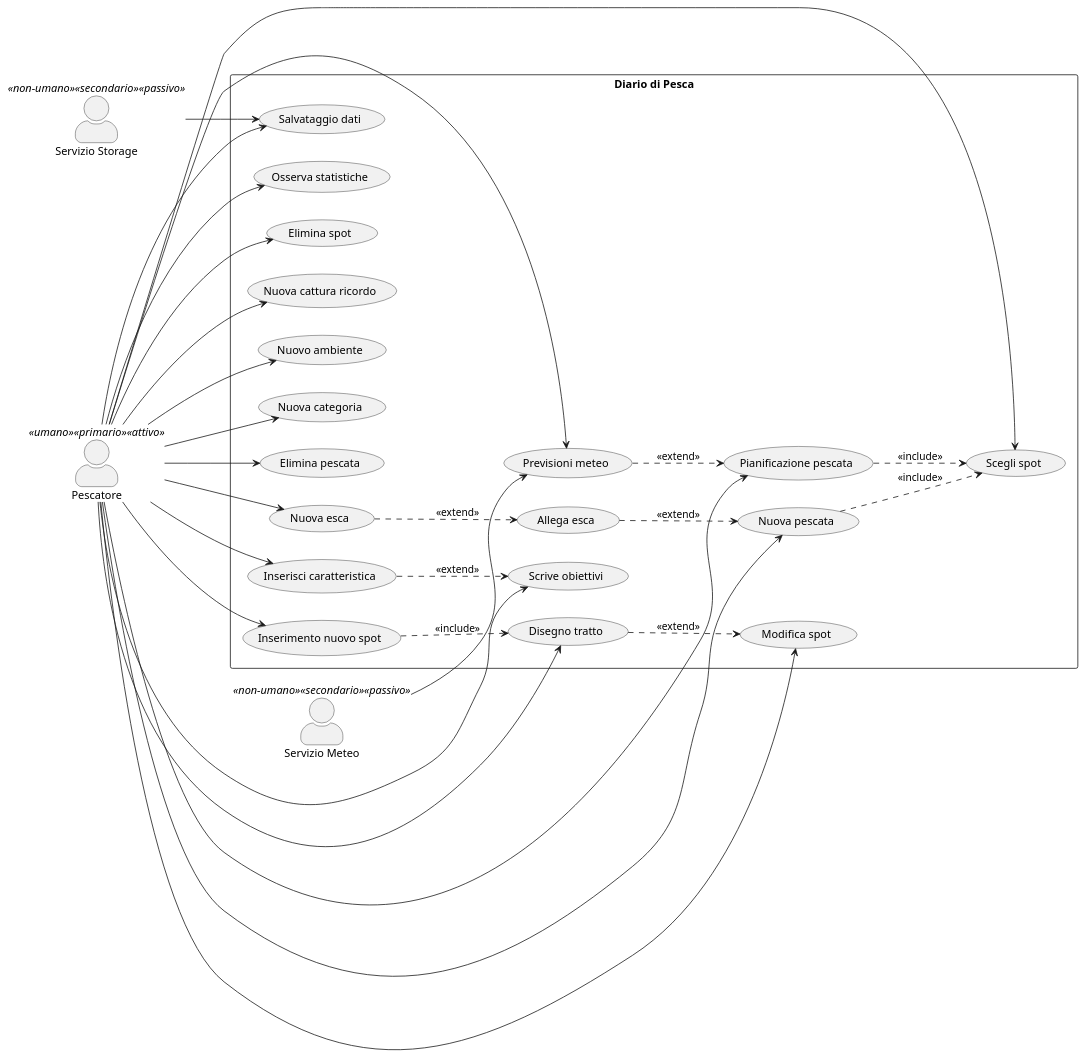
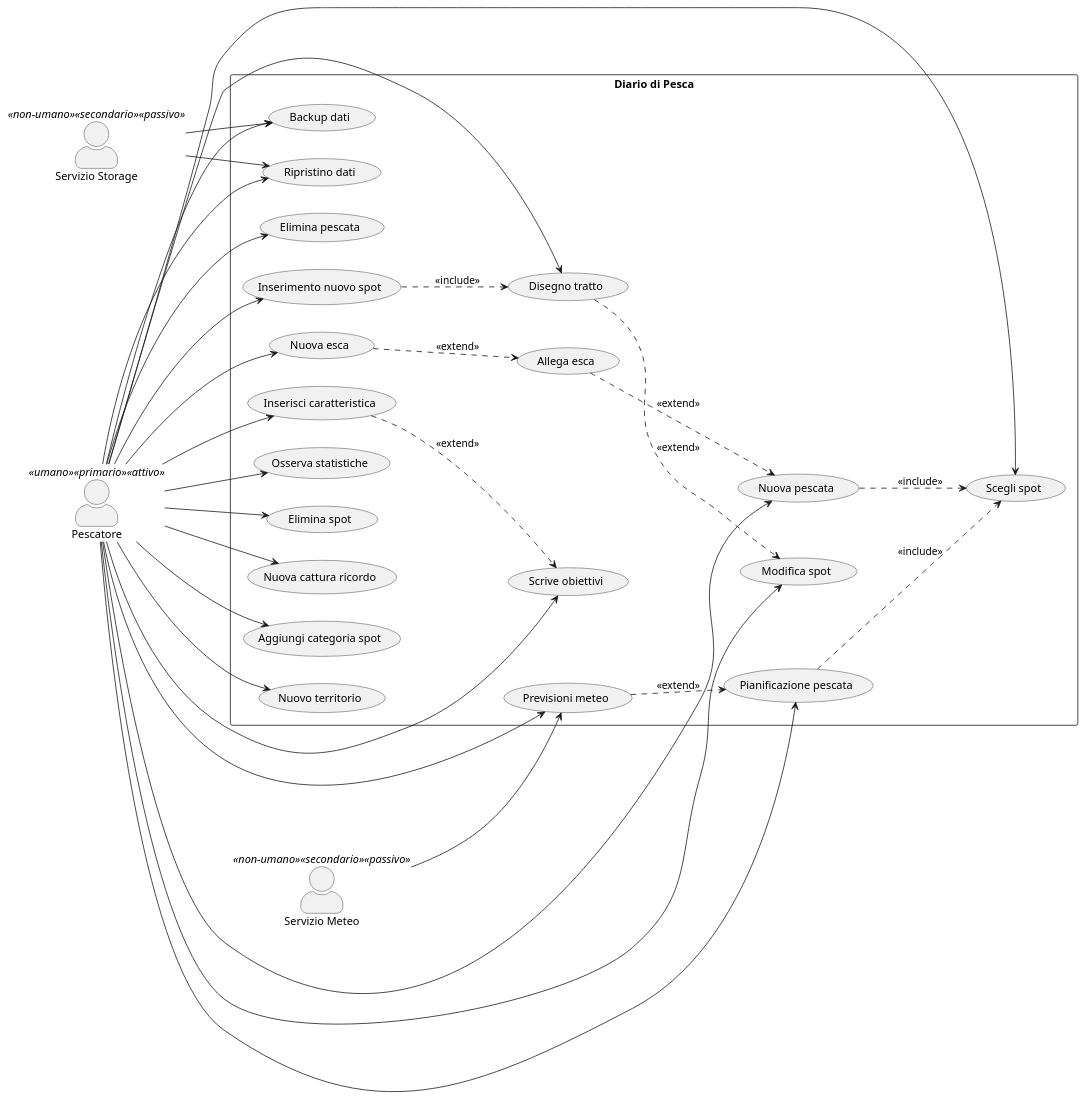
Before and after one commit to LocaCele04/LC_Tesi: the diagram in diagrams/diagramma_casi_uso.puml, drawn with PlantUML. The commit also changed 18 other files, not shown here.

Commit message:
backup e ripristino

```diff
--- a/diagrams/diagramma_casi_uso.puml
+++ b/diagrams/diagramma_casi_uso.puml
@@ -1,69 +1,72 @@
 @startuml Diagramma_dei_casi_duso
 left to right direction
 skinparam packageStyle rectangle
 skinparam actorStyle awesome
 
 actor "Pescatore" as Pescatore <<umano>> <<primario>> <<attivo>>
 actor "Servizio Meteo" as Meteo <<non-umano>> <<secondario>> <<passivo>>
 actor "Servizio Storage" as Storage <<non-umano>> <<secondario>> <<passivo>>
 
 rectangle "Diario di Pesca" {
   ' --- nuovi casi uso ---
 	usecase "Disegno tratto" as UC_DisegnoTratto
 	usecase "Elimina pescata" as UC_EliminaPescata
 	usecase "Inserisci caratteristica" as UC_NuovaCaratteristica
 	usecase "Nuova esca" as UC_InserisciEsca
 	usecase "Allega esca" as UC_AllegaEsca
 	usecase "Scrive obiettivi" as UC_NuovoObiettivo
 	usecase "Previsioni meteo" as UC_Previsioni
 	usecase "Inserimento nuovo spot" as UC_NuovoSpot
 	usecase "Modifica spot" as UC_ModificaSpot
 	usecase "Scegli spot" as UC_SceltaSpot
 	usecase "Osserva statistiche" as UC_Statistiche
 	usecase "Elimina spot" as UC_EliminaSpot
-	usecase "Salvataggio dati" as UC_Backup
+	usecase "Backup dati" as UC_Backup
+	usecase "Ripristino dati" as UC_Ripristino
 	usecase "Nuova pescata" as UC_NuovaPescata
 	usecase "Pianificazione pescata" as UC_Pianificazione
 	usecase "Nuova cattura ricordo" as UC_CatturaMemorabile
-	usecase "Nuovo ambiente" as UC_NuovaClassificazione
-	usecase "Nuova categoria" as UC_NuovaValle
+	usecase "Aggiungi categoria spot" as UC_NuovaClassificazione
+	usecase "Nuovo territorio" as UC_NuovaValle
 	
   
 
   ' --- nuove associazioni ---
 	UC_NuovoSpot ..> UC_DisegnoTratto : <<include>>
 	UC_DisegnoTratto ..> UC_ModificaSpot : <<extend>>
 	UC_NuovaPescata ..> UC_SceltaSpot : <<include>>
 	UC_Previsioni ..> UC_Pianificazione : <<extend>>
 	UC_Pianificazione ..> UC_SceltaSpot : <<include>>
 	UC_NuovaCaratteristica ..> UC_NuovoObiettivo : <<extend>>  
 	UC_InserisciEsca ..> UC_AllegaEsca : <<extend>>
 	UC_AllegaEsca ..> UC_NuovaPescata : <<extend>>
   
 
 
   ' --- Regola di business, l'eliminazione da parte del pescatore dello spot elimina anche il tratto associato e viceversa ---
 }
 
 ' --- associazioni con attori ---
 	Meteo --> UC_Previsioni
 	Storage --> UC_Backup
+	Storage --> UC_Ripristino
 	Pescatore --> UC_NuovoSpot
 	Pescatore --> UC_InserisciEsca
 	Pescatore --> UC_ModificaSpot
 	Pescatore --> UC_SceltaSpot
 	Pescatore --> UC_EliminaSpot
 	Pescatore --> UC_Statistiche
 	Pescatore --> UC_Backup
+	Pescatore --> UC_Ripristino
 	Pescatore --> UC_EliminaPescata 
 	Pescatore --> UC_DisegnoTratto
 	Pescatore --> UC_CatturaMemorabile
 	Pescatore --> UC_NuovaCaratteristica
 	Pescatore --> UC_NuovaPescata
 	Pescatore --> UC_Pianificazione
 	Pescatore --> UC_NuovoObiettivo
 	Pescatore --> UC_Previsioni
 	Pescatore --> UC_NuovaClassificazione
 	Pescatore --> UC_NuovaValle
 
 @enduml
```
